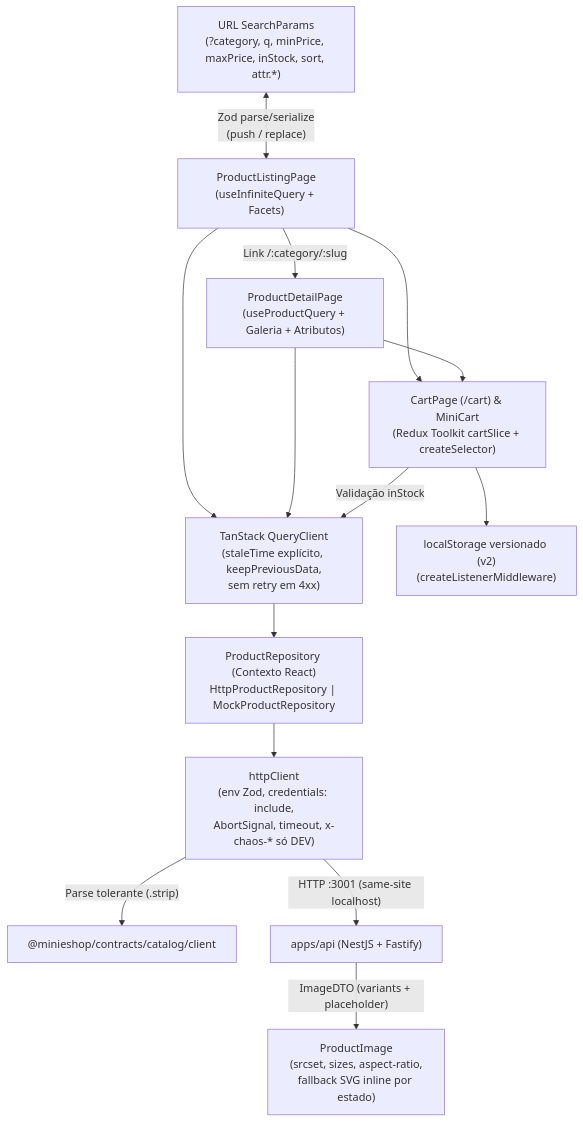
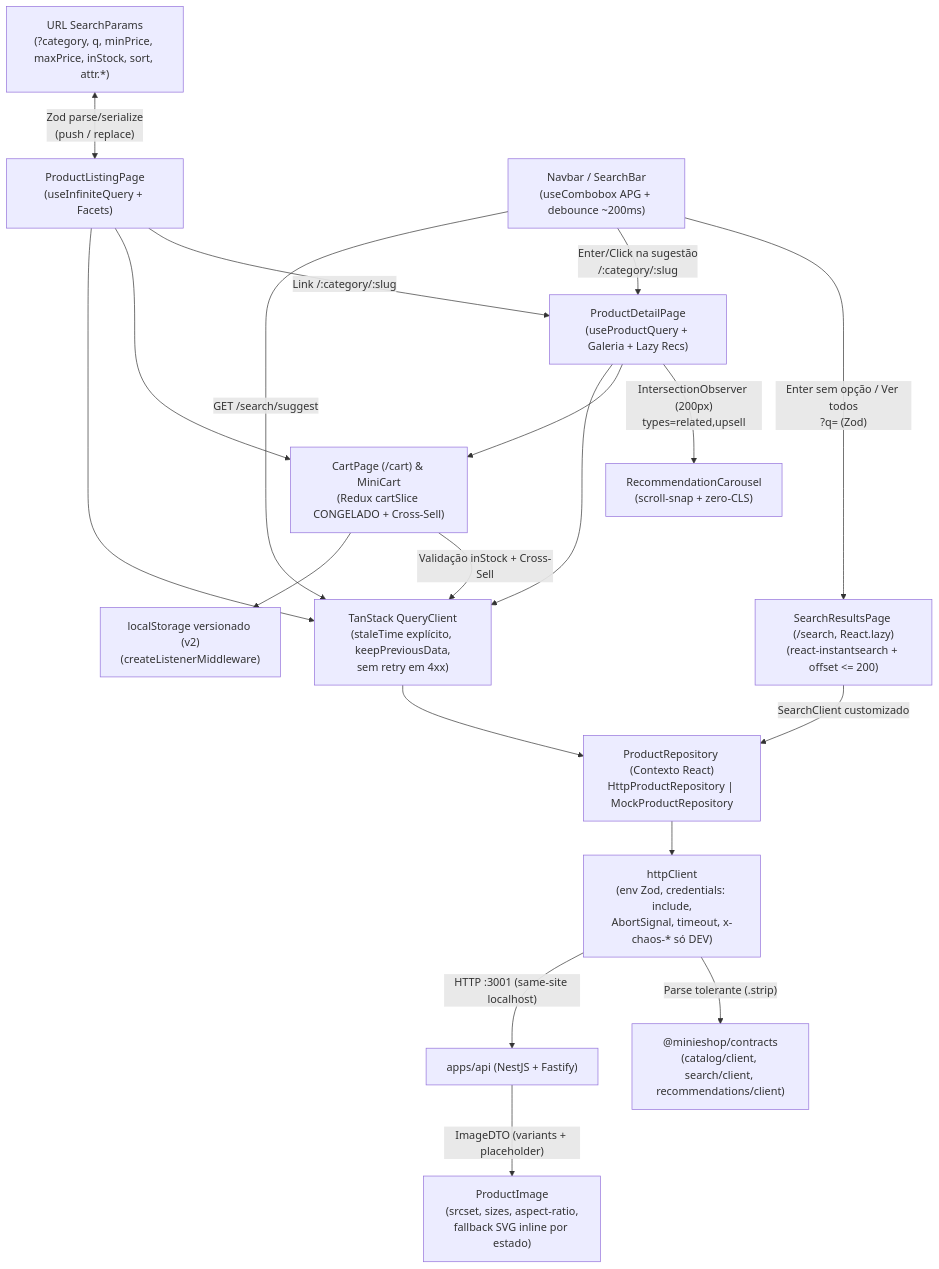
One commit to Luiquecruz/minie-shop changed the third of 3 diagrams in docs/architecture.md. Above: the diagram before and after it, drawn with Mermaid. The commit also changed other lines of this file and 71 other files, not shown here.

First line of the commit message:
feat(storefront): Busca híbrida na UI, autocomplete APG e recomendações lazy (#7)

````diff
--- a/docs/architecture.md
+++ b/docs/architecture.md
@@ -90,18 +90,23 @@
 ```mermaid
 flowchart TD
   URL["URL SearchParams\n(?category, q, minPrice, maxPrice, inStock, sort, attr.*)"] <-->|"Zod parse/serialize\n(push / replace)"| PLP["ProductListingPage\n(useInfiniteQuery + Facets)"]
-  PLP -->|"Link /:category/:slug"| PDP["ProductDetailPage\n(useProductQuery + Galeria + Atributos)"]
-  PLP --> Cart["CartPage (/cart) & MiniCart\n(Redux Toolkit cartSlice + createSelector)"]
+  NAV["Navbar / SearchBar\n(useCombobox APG + debounce ~200ms)"] -->|"Enter sem opção / Ver todos\n?q= (Zod)"| SRP["SearchResultsPage (/search, React.lazy)\n(react-instantsearch + offset <= 200)"]
+  NAV -->|"Enter/Click na sugestão\n/:category/:slug"| PDP
+  PLP -->|"Link /:category/:slug"| PDP["ProductDetailPage\n(useProductQuery + Galeria + Lazy Recs)"]
+  PDP -->|"IntersectionObserver (200px)\ntypes=related,upsell"| RC["RecommendationCarousel\n(scroll-snap + zero-CLS)"]
+  PLP --> Cart["CartPage (/cart) & MiniCart\n(Redux cartSlice CONGELADO + Cross-Sell)"]
   PDP --> Cart
 
   PLP --> RQ["TanStack QueryClient\n(staleTime explícito, keepPreviousData,\nsem retry em 4xx)"]
+  NAV -->|"GET /search/suggest"| RQ
   PDP --> RQ
-  Cart -->|"Validação inStock"| RQ
+  SRP -->|"SearchClient customizado"| Repo
+  Cart -->|"Validação inStock + Cross-Sell"| RQ
 
   RQ --> Repo["ProductRepository (Contexto React)\nHttpProductRepository | MockProductRepository"]
   Repo --> HTTP["httpClient\n(env Zod, credentials: include,\nAbortSignal, timeout, x-chaos-* só DEV)"]
-  HTTP -->|"Parse tolerante (.strip)"| Contracts["@minieshop/contracts/catalog/client"]
+  HTTP -->|"Parse tolerante (.strip)"| Contracts["@minieshop/contracts\n(catalog/client, search/client, recommendations/client)"]
   HTTP -->|"HTTP :3001 (same-site localhost)"| API["apps/api (NestJS + Fastify)"]
   API -->|"ImageDTO (variants + placeholder)"| Img["ProductImage\n(srcset, sizes, aspect-ratio,\nfallback SVG inline por estado)"]
   Cart --> LS["localStorage versionado (v2)\n(createListenerMiddleware)"]
 ```
````
